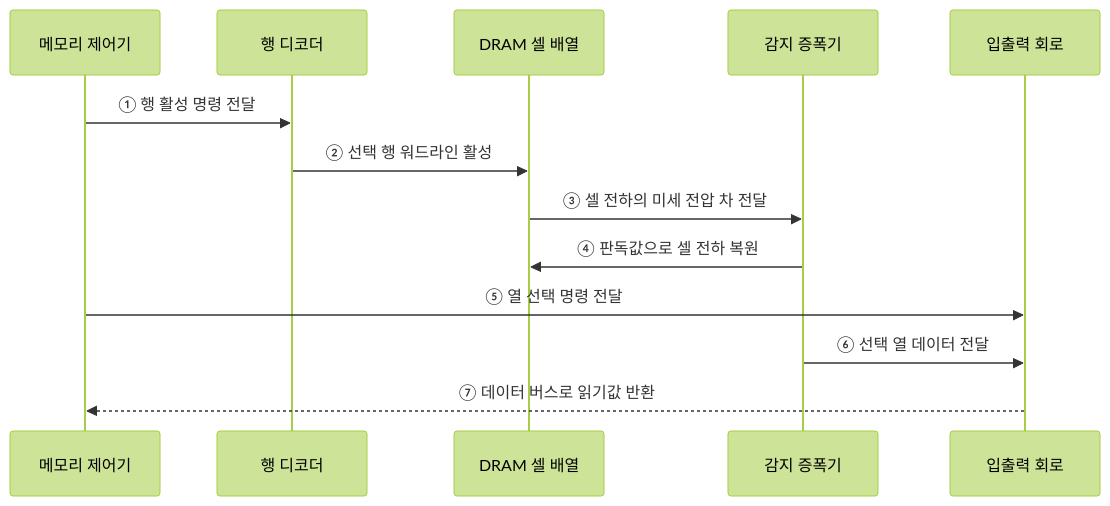
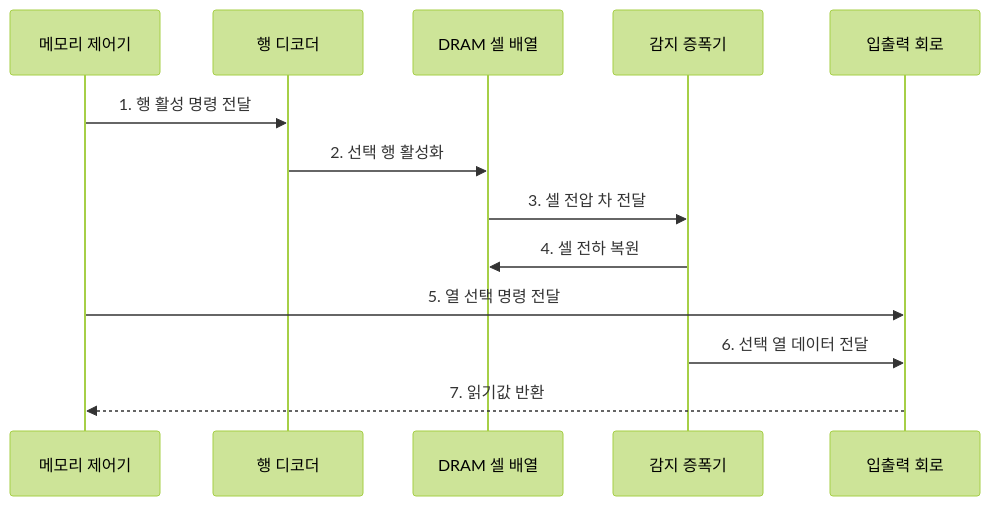
One commit to agnusdei1207/knowledge-base changed the second of 2 diagrams in src/content/docs/notes/02-hardware/023_dram_vs_sram.md. Above: the diagram before and after it, drawn with Mermaid (forest theme). The commit also changed other lines of this file and 20 other files, not shown here.

````diff
--- a/src/content/docs/notes/02-hardware/023_dram_vs_sram.md
+++ b/src/content/docs/notes/02-hardware/023_dram_vs_sram.md
@@ -84,15 +86,15 @@
 ```mermaid
 sequenceDiagram
     participant C as 메모리 제어기
     participant D as 행 디코더
     participant A as DRAM 셀 배열
     participant S as 감지 증폭기
     participant I as 입출력 회로
-    C->>D: ① 행 활성 명령 전달
-    D->>A: ② 선택 행 워드라인 활성
-    A->>S: ③ 셀 전하의 미세 전압 차 전달
-    S->>A: ④ 판독값으로 셀 전하 복원
-    C->>I: ⑤ 열 선택 명령 전달
-    S->>I: ⑥ 선택 열 데이터 전달
-    I-->>C: ⑦ 데이터 버스로 읽기값 반환
+    C->>D: 1. 행 활성 명령 전달
+    D->>A: 2. 선택 행 활성화
+    A->>S: 3. 셀 전압 차 전달
+    S->>A: 4. 셀 전하 복원
+    C->>I: 5. 열 선택 명령 전달
+    S->>I: 6. 선택 열 데이터 전달
+    I-->>C: 7. 읽기값 반환
 ```
````
